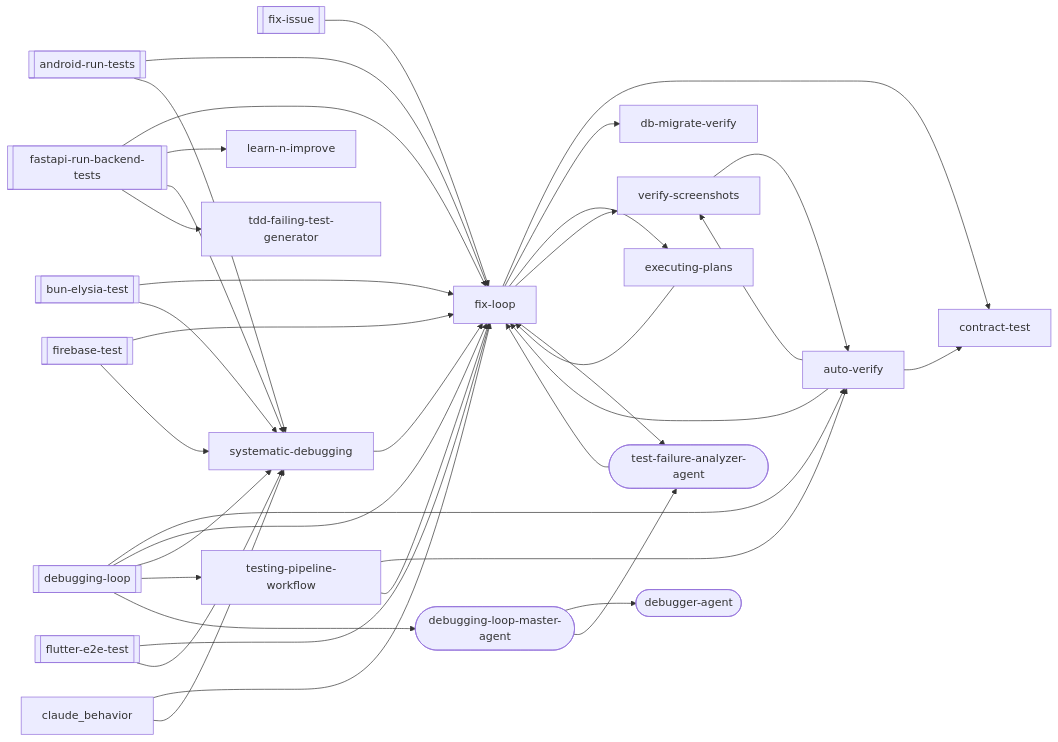
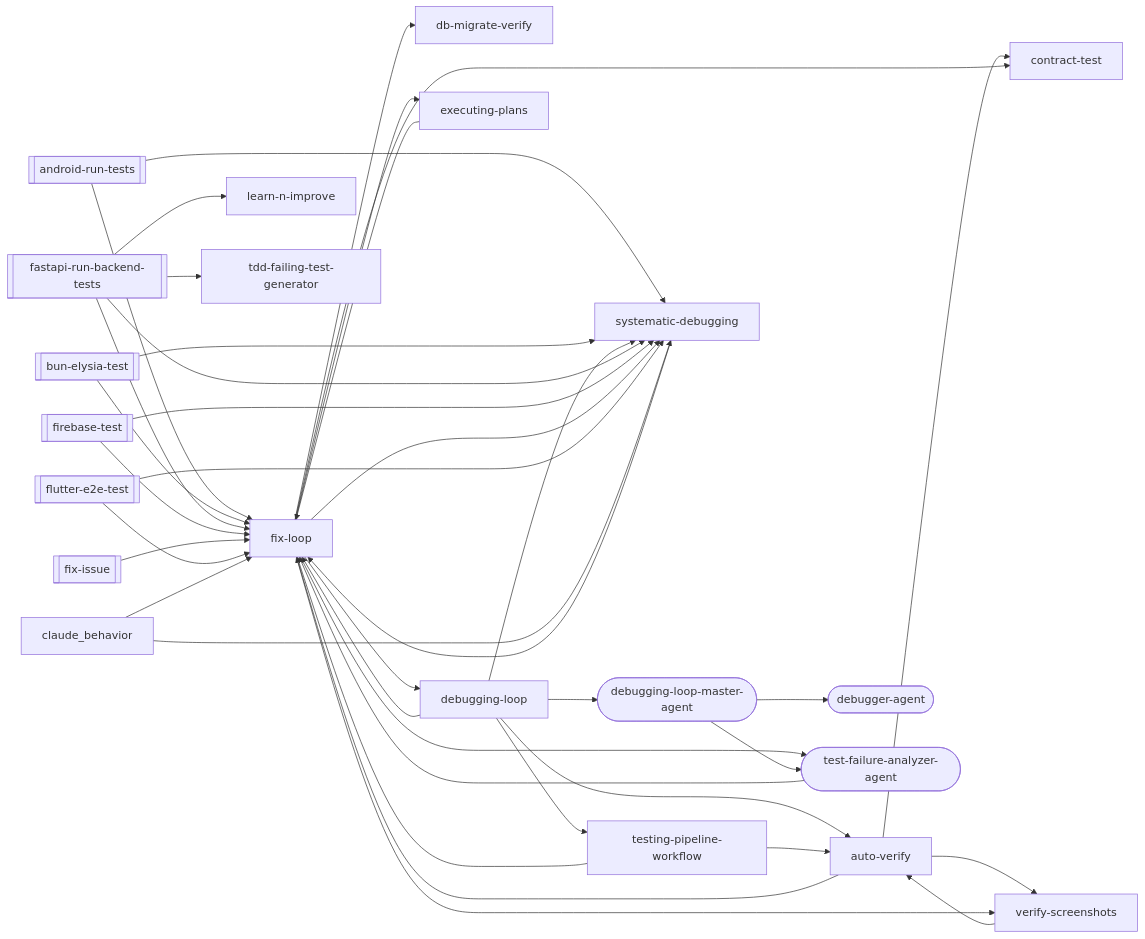
Before and after one commit to abhayla/claude-best-practices: the third of 21 diagrams in docs/workflows/debugging-loop.md, drawn with Mermaid. The commit also changed other lines of this file and 12 other files, not shown here.

````diff
--- a/docs/workflows/debugging-loop.md
+++ b/docs/workflows/debugging-loop.md
@@ -498,59 +496,61 @@
 ```mermaid
 graph LR
     android_run_tests[["android-run-tests"]]
     bun_elysia_test[["bun-elysia-test"]]
-    debugging_loop[["debugging-loop"]]
     fastapi_run_backend_tests[["fastapi-run-backend-tests"]]
     firebase_test[["firebase-test"]]
     fix_issue[["fix-issue"]]
     flutter_e2e_test[["flutter-e2e-test"]]
     auto_verify["auto-verify"]
     contract_test["contract-test"]
     db_migrate_verify["db-migrate-verify"]
     debugger_agent(["debugger-agent"])
+    debugging_loop["debugging-loop"]
     debugging_loop_master_agent(["debugging-loop-master-agent"])
     executing_plans["executing-plans"]
     fix_loop["fix-loop"]
     learn_n_improve["learn-n-improve"]
     systematic_debugging["systematic-debugging"]
     tdd_failing_test_generator["tdd-failing-test-generator"]
     test_failure_analyzer_agent(["test-failure-analyzer-agent"])
     testing_pipeline_workflow["testing-pipeline-workflow"]
     verify_screenshots["verify-screenshots"]
     android_run_tests --> fix_loop
     android_run_tests --> systematic_debugging
     auto_verify --> contract_test
     auto_verify --> fix_loop
     auto_verify --> verify_screenshots
     bun_elysia_test --> fix_loop
     bun_elysia_test --> systematic_debugging
     debugging_loop --> auto_verify
     debugging_loop --> fix_loop
     debugging_loop --> systematic_debugging
     debugging_loop --> testing_pipeline_workflow
     debugging_loop --> debugging_loop_master_agent
     executing_plans --> fix_loop
     fastapi_run_backend_tests --> fix_loop
     fastapi_run_backend_tests --> learn_n_improve
     fastapi_run_backend_tests --> systematic_debugging
     fastapi_run_backend_tests --> tdd_failing_test_generator
     firebase_test --> fix_loop
     firebase_test --> systematic_debugging
     fix_issue --> fix_loop
     fix_loop --> contract_test
     fix_loop --> db_migrate_verify
+    fix_loop --> debugging_loop
     fix_loop --> executing_plans
+    fix_loop --> systematic_debugging
     fix_loop --> verify_screenshots
     fix_loop --> test_failure_analyzer_agent
     flutter_e2e_test --> fix_loop
     flutter_e2e_test --> systematic_debugging
     systematic_debugging --> fix_loop
     testing_pipeline_workflow --> auto_verify
     testing_pipeline_workflow --> fix_loop
     verify_screenshots --> auto_verify
     debugging_loop_master_agent --> debugger_agent
     debugging_loop_master_agent --> test_failure_analyzer_agent
     test_failure_analyzer_agent --> fix_loop
     claude_behavior --> fix_loop
     claude_behavior --> systematic_debugging
 ```
````
